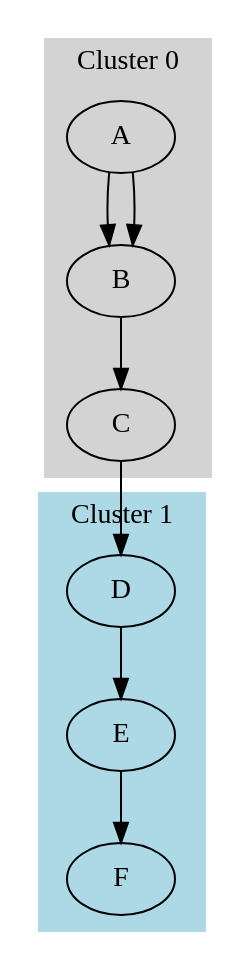
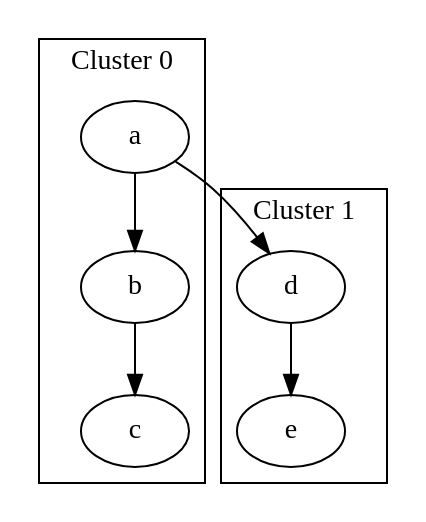
One commit to chyax98/DiagramAI changed the third of 4 diagrams in docs/kroki/graphviz/official-docs.md. Above: the diagram before and after it, drawn with Graphviz. The commit also changed other lines of this file and 52 other files, not shown here.

````diff
--- a/docs/kroki/graphviz/official-docs.md
+++ b/docs/kroki/graphviz/official-docs.md
@@ -132,28 +58,15 @@
 ```dot
 digraph {
-  # 普通子图 (用于分组)
-  subgraph {
-    A -> B
-  }
-
-  # 集群 (带边框的子图,名称必须以 cluster 开头)
   subgraph cluster_0 {
     label="Cluster 0"
-    style=filled
-    color=lightgrey
-
-    A -> B -> C
+    a -> b -> c
   }
-
+  
   subgraph cluster_1 {
     label="Cluster 1"
-    style=filled
-    color=lightblue
-
-    D -> E -> F
+    d -> e
   }
-
-  # 跨集群连接
-  C -> D
+  
+  a -> d
 }
 ```
````
